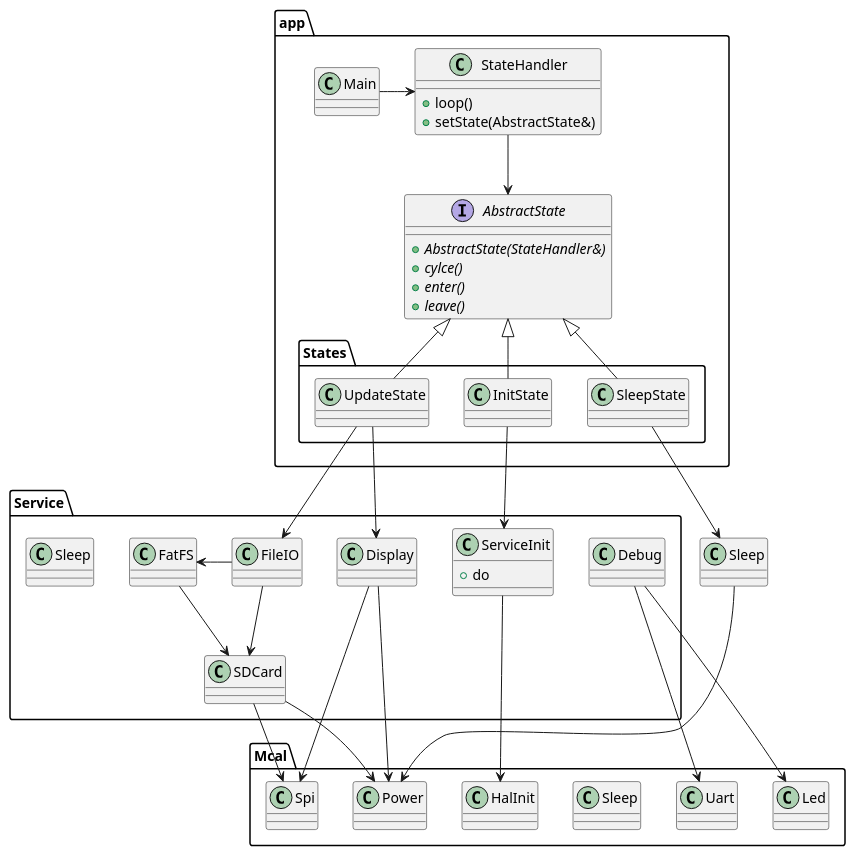
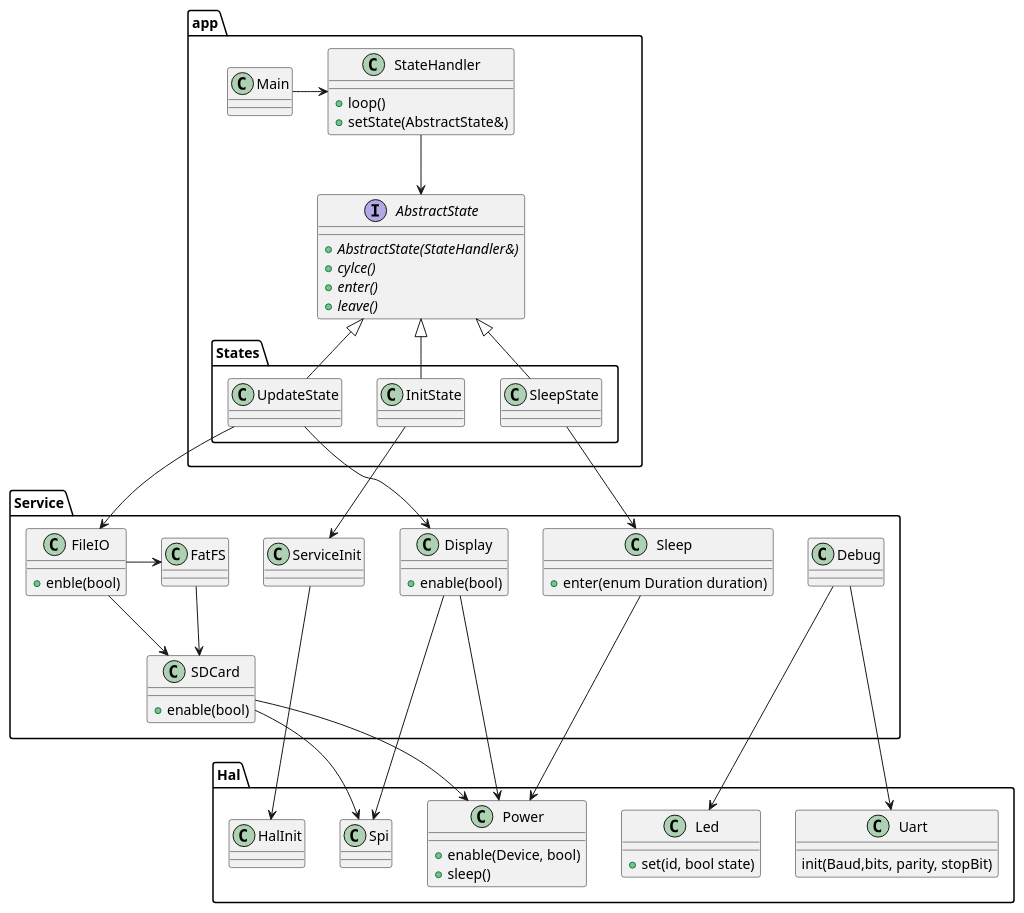
The diagram in design/plantuml/ClassDiagram.plantuml (nhjschulz/EInkPicFrame), drawn with PlantUML before and after one commit. The commit also changed 1 other file, not shown here.

Commit message:
Rough SW arcchitecture expressed in UML

```diff
--- a/design/plantuml/ClassDiagram.plantuml
+++ b/design/plantuml/ClassDiagram.plantuml
@@ -1,71 +1,87 @@
 @startuml
 
 package app {
     class Main
     class StateHandler {
         +loop()
         +setState(AbstractState&)
     }
     interface AbstractState {
         {abstract}+AbstractState(StateHandler&)
         {abstract} +cylce()
         {abstract} +enter()
         {abstract} +leave()
     }
     package States {
         class SleepState
         class UpdateState
         class InitState
 
         UpdateState -u-|> AbstractState
         SleepState -u-|> AbstractState
         InitState -u-|> AbstractState
     }
 
     Main -> StateHandler
     StateHandler --> AbstractState
 }
 
 package Service {
-    class FileIO
+    class FileIO {
+        +enble(bool)
+    }
     class FatFS
     class ServiceInit {
-        +do    
+      
     }
-    class Display
-    class SDCard
+    class Display {
+        +enable(bool)
+    }
+    class SDCard {
+        +enable(bool)
+    }
     class Debug
-    class Sleep
+    class Sleep {
+        +enter(enum Duration duration)
+    }
 
 }
 
-package Mcal {
+package Hal {
 
     class Spi 
-    class Uart
-    class Sleep
+    class Uart {
+        init(Baud,bits, parity, stopBit)
+
+    }
+    
     class HalInit
-    class Power 
-    class Led
+    class Power {
+        +enable(Device, bool)
+        +sleep()
+    }
+    class Led {
+        +set(id, bool state)
+    }
 
 
 }
 
 InitState --> ServiceInit
 ServiceInit --> HalInit
 UpdateState --> FileIO
 UpdateState --> Display
 SleepState --> Sleep
 FileIO ->FatFS
 FatFS --> SDCard
 FileIO --> SDCard
 
 Debug --> Uart
 Debug --> Led
 SDCard --> Spi
 Display --> Spi
 SDCard --> Power
 Display --> Power
 Sleep --> Power
 
 @enduml
```
